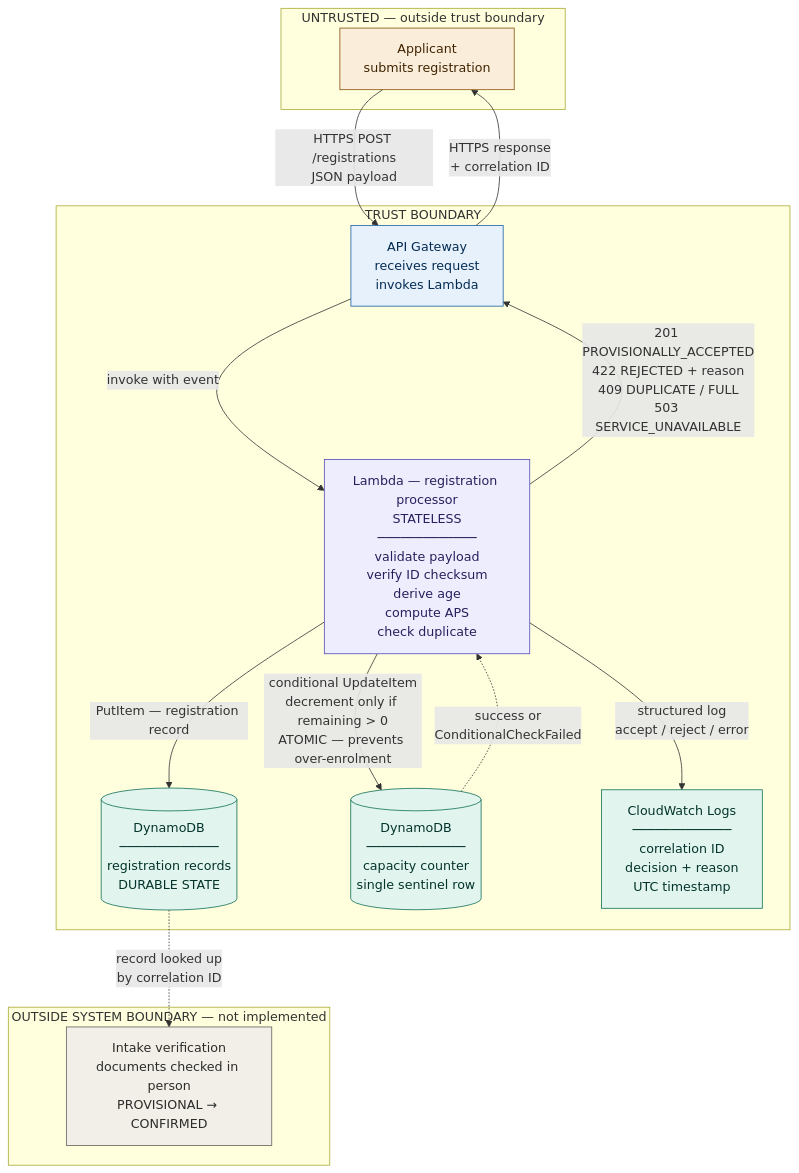
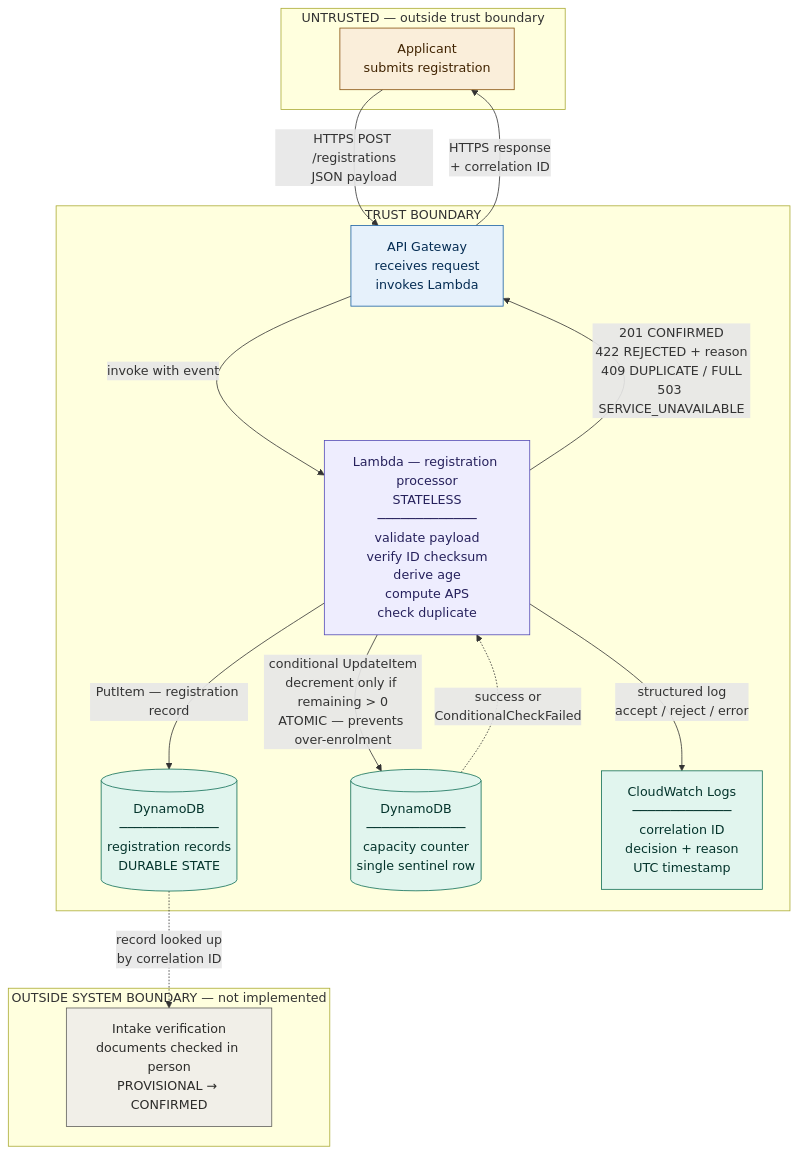
One commit to Sanele7/dlp-registration changed the diagram in docs/architecture.mermaid. Above: the diagram before and after it, drawn with Mermaid.

Commit message:
Fix architecture diagram status to match actual CONFIRMED response

```diff
--- a/docs/architecture.mermaid
+++ b/docs/architecture.mermaid
@@ -1,34 +1,34 @@
 flowchart TB
     subgraph untrusted["UNTRUSTED — outside trust boundary"]
         A["Applicant<br/>submits registration"]
     end
 
     subgraph trusted["TRUST BOUNDARY"]
         B["API Gateway<br/>receives request<br/>invokes Lambda"]
         C["Lambda — registration processor<br/>STATELESS<br/>─────────────<br/>validate payload<br/>verify ID checksum<br/>derive age<br/>compute APS<br/>check duplicate"]
         D[("DynamoDB<br/>─────────────<br/>registration records<br/>DURABLE STATE")]
         G[("DynamoDB<br/>─────────────<br/>capacity counter<br/>single sentinel row")]
         E["CloudWatch Logs<br/>─────────────<br/>correlation ID<br/>decision + reason<br/>UTC timestamp"]
     end
 
     subgraph outside["OUTSIDE SYSTEM BOUNDARY — not implemented"]
         F["Intake verification<br/>documents checked in person<br/>PROVISIONAL → CONFIRMED"]
     end
 
     A -->|"HTTPS POST /registrations<br/>JSON payload"| B
     B -->|"invoke with event"| C
     C -->|"conditional UpdateItem<br/>decrement only if remaining > 0<br/>ATOMIC — prevents over-enrolment"| G
     G -.->|"success or<br/>ConditionalCheckFailed"| C
     C -->|"PutItem — registration record"| D
     C -->|"structured log<br/>accept / reject / error"| E
-    C -->|"201 PROVISIONALLY_ACCEPTED<br/>422 REJECTED + reason<br/>409 DUPLICATE / FULL<br/>503 SERVICE_UNAVAILABLE"| B
+    C -->|"201 CONFIRMED<br/>422 REJECTED + reason<br/>409 DUPLICATE / FULL<br/>503 SERVICE_UNAVAILABLE"| B
     B -->|"HTTPS response<br/>+ correlation ID"| A
     D -.->|"record looked up<br/>by correlation ID"| F
 
     style A fill:#FAEEDA,stroke:#854F0B,color:#412402
     style B fill:#E6F1FB,stroke:#185FA5,color:#042C53
     style C fill:#EEEDFE,stroke:#534AB7,color:#26215C
     style D fill:#E1F5EE,stroke:#0F6E56,color:#04342C
     style G fill:#E1F5EE,stroke:#0F6E56,color:#04342C
     style E fill:#E1F5EE,stroke:#0F6E56,color:#04342C
     style F fill:#F1EFE8,stroke:#5F5E5A,color:#2C2C2A
```
